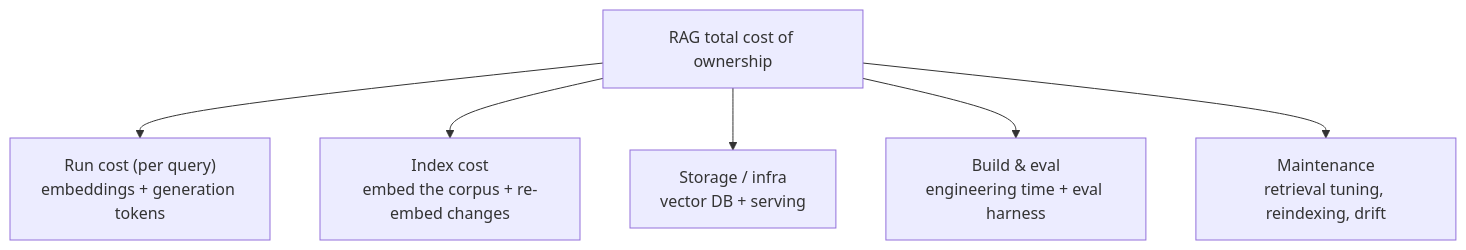
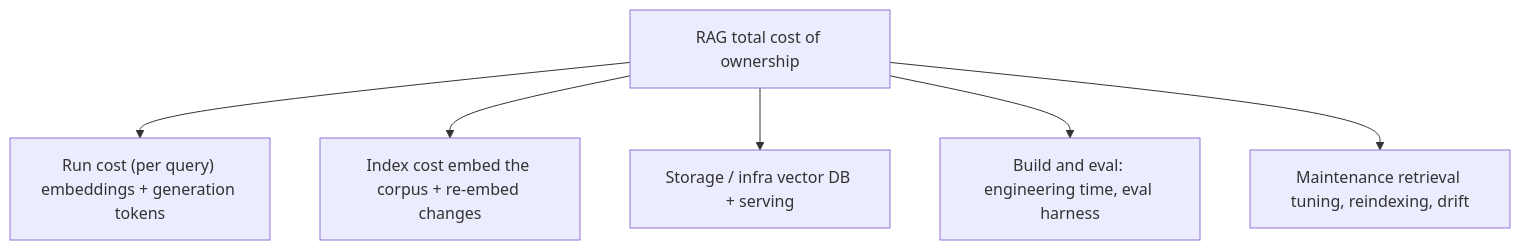
One commit to WBHankins93/ai-engineering-studio changed the diagram in decision-frames/rag-tco.md. Above: the diagram before and after it, drawn with Mermaid. The commit also changed 6 other files, not shown here.

Commit message:
Simplify mermaid labels to strict-mode-safe single lines

````diff
--- a/decision-frames/rag-tco.md
+++ b/decision-frames/rag-tco.md
@@ -16,9 +16,9 @@
 ```mermaid
 flowchart TD
   TCO["RAG total cost of ownership"]
-  TCO --> R["Run cost (per query)<br/>embeddings + generation tokens"]
-  TCO --> I["Index cost<br/>embed the corpus + re-embed changes"]
-  TCO --> S["Storage / infra<br/>vector DB + serving"]
-  TCO --> E["Build & eval<br/>engineering time + eval harness"]
-  TCO --> M["Maintenance<br/>retrieval tuning, reindexing, drift"]
+  TCO --> R["Run cost (per query) embeddings + generation tokens"]
+  TCO --> I["Index cost embed the corpus + re-embed changes"]
+  TCO --> S["Storage / infra vector DB + serving"]
+  TCO --> E["Build and eval: engineering time, eval harness"]
+  TCO --> M["Maintenance retrieval tuning, reindexing, drift"]
 ```
````
